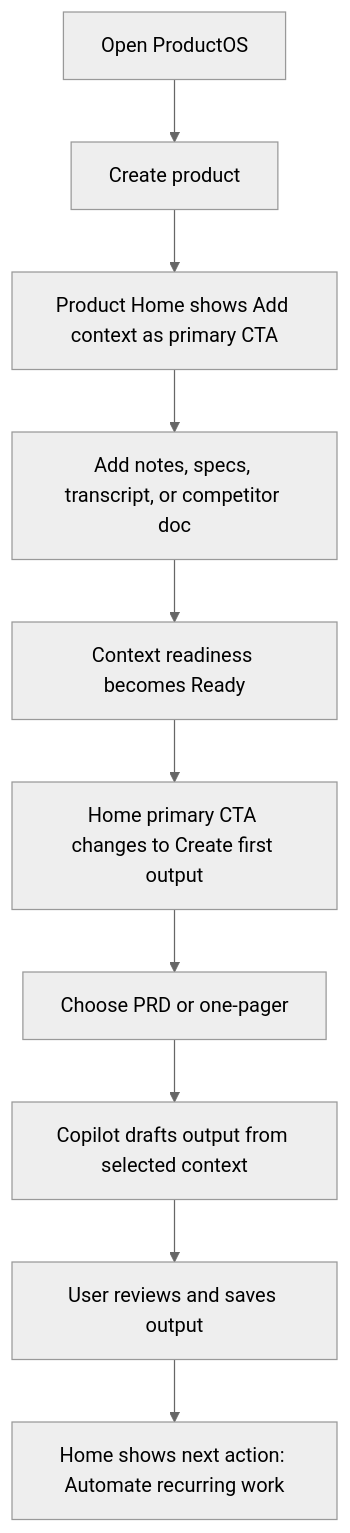
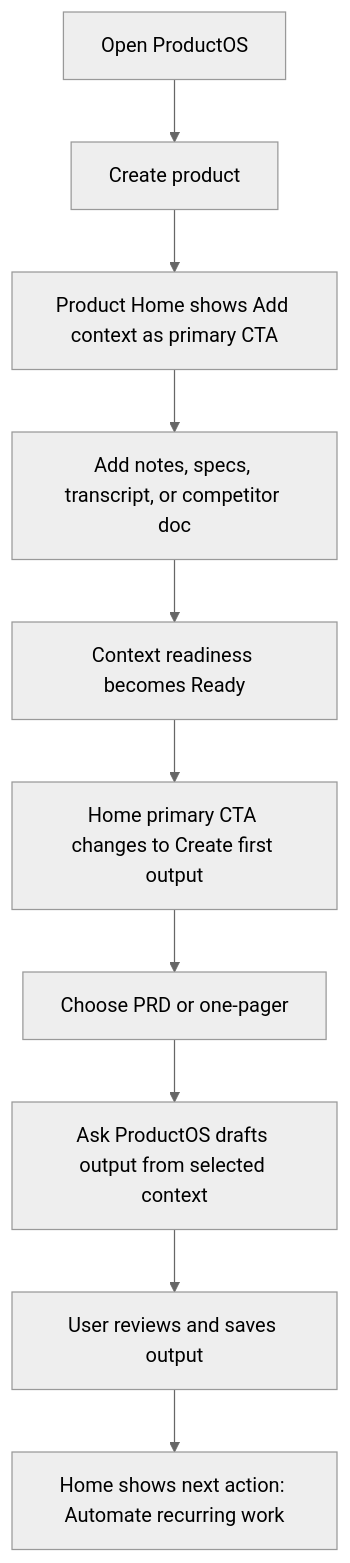
Before and after one commit to AIResearchFactory/productOS: the first of 5 diagrams in docs/features/ux/productos-simplified-user-journeys.md, drawn with Mermaid (neutral theme). The commit also changed other lines of this file and 8 other files, not shown here.

Commit message:
refactor: rename Copilot to ProductOS across UX documentation and layout specifications

````diff
--- a/docs/features/ux/productos-simplified-user-journeys.md
+++ b/docs/features/ux/productos-simplified-user-journeys.md
@@ -17,12 +17,12 @@
 ```mermaid
 flowchart TD
   A[Open ProductOS] --> B[Create product]
   B --> C[Product Home shows Add context as primary CTA]
   C --> D[Add notes, specs, transcript, or competitor doc]
   D --> E[Context readiness becomes Ready]
   E --> F[Home primary CTA changes to Create first output]
   F --> G[Choose PRD or one-pager]
-  G --> H[Copilot drafts output from selected context]
+  G --> H[Ask ProductOS drafts output from selected context]
   H --> I[User reviews and saves output]
   I --> J[Home shows next action: Automate recurring work]
 ```
````
